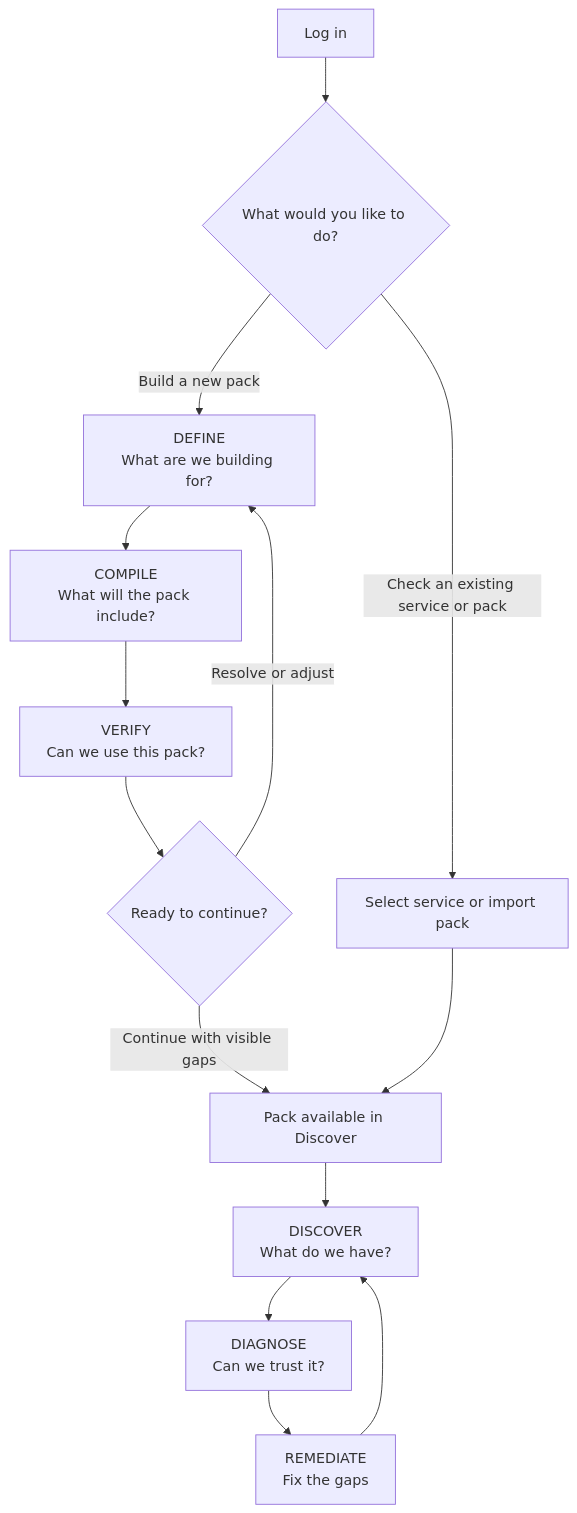
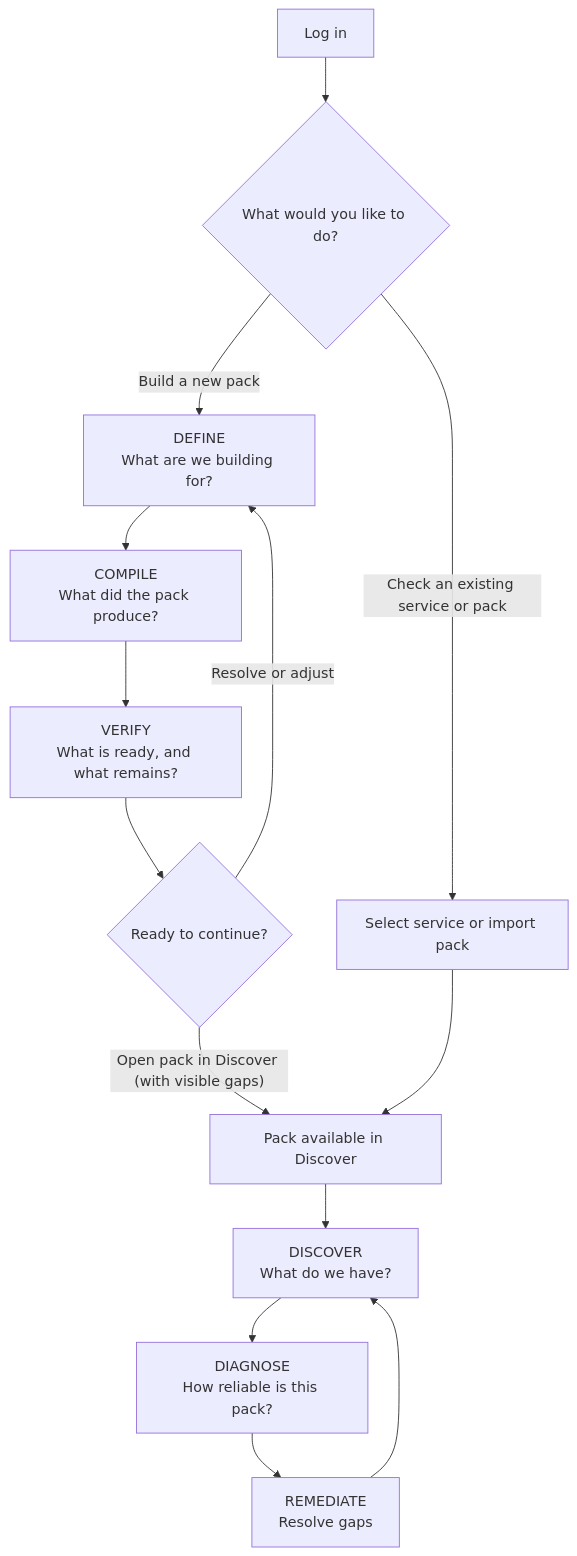
The diagram in docs/BUILD_JOURNEY.md (MoebiusX/Observogram), drawn with Mermaid before and after one commit. The commit also changed other lines of this file and 14 other files, not shown here.

````diff
--- a/docs/BUILD_JOURNEY.md
+++ b/docs/BUILD_JOURNEY.md
@@ -25,16 +25,16 @@
 ```mermaid
 flowchart TD
     A["Log in"] --> B{"What would you like to do?"}
     B -->|"Check an existing service or pack"| C["Select service or import pack"]
     B -->|"Build a new pack"| D["DEFINE<br/>What are we building for?"]
-    D --> E["COMPILE<br/>What will the pack include?"]
-    E --> F["VERIFY<br/>Can we use this pack?"]
+    D --> E["COMPILE<br/>What did the pack produce?"]
+    E --> F["VERIFY<br/>What is ready, and what remains?"]
     F --> G{"Ready to continue?"}
     G -->|"Resolve or adjust"| D
-    G -->|"Continue with visible gaps"| H["Pack available in Discover"]
+    G -->|"Open pack in Discover (with visible gaps)"| H["Pack available in Discover"]
     C --> H
     H --> I["DISCOVER<br/>What do we have?"]
-    I --> J["DIAGNOSE<br/>Can we trust it?"]
-    J --> K["REMEDIATE<br/>Fix the gaps"]
+    I --> J["DIAGNOSE<br/>How reliable is this pack?"]
+    J --> K["REMEDIATE<br/>Resolve gaps"]
     K --> I
 ```
````
